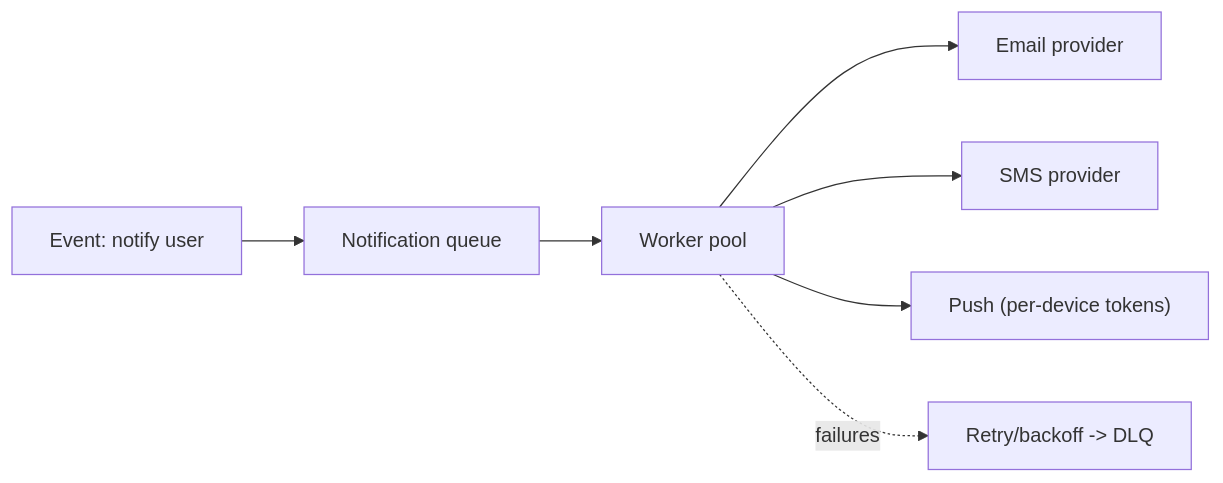
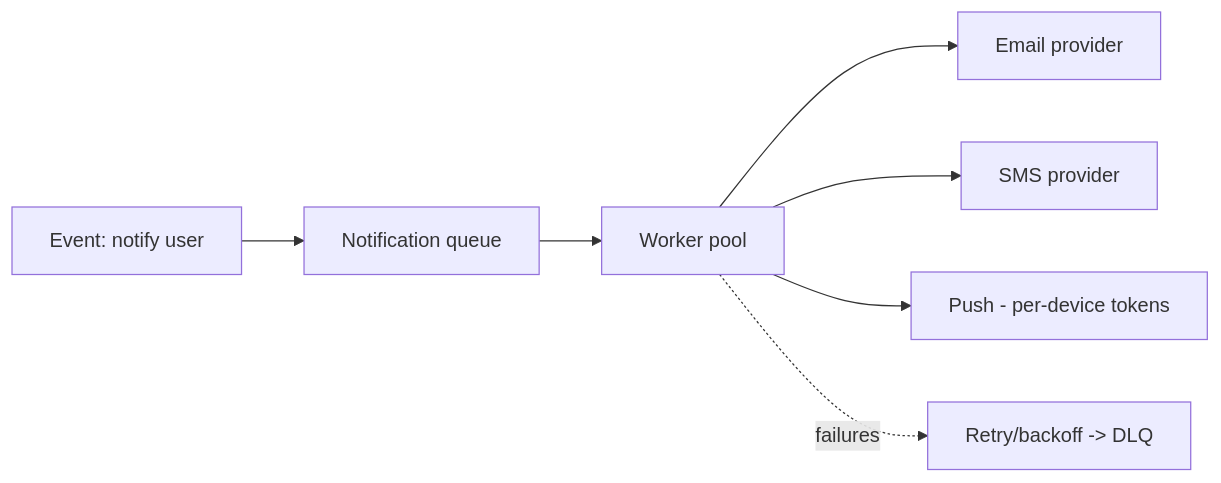
One commit to RIT-MESH/system-design-mastery changed the third of 3 diagrams in docs/02-core-components/06-workers-schedulers-notifications.md. Above: the diagram before and after it, drawn with Mermaid. The commit also changed other lines of this file and 139 other files, not shown here.

First line of the commit message:
Fix Mermaid parse errors: replace parentheses in node labels across 140 files

````diff
--- a/docs/02-core-components/06-workers-schedulers-notifications.md
+++ b/docs/02-core-components/06-workers-schedulers-notifications.md
@@ -54,10 +54,10 @@
 ```mermaid
 %% created-for: system-design-mastery
 flowchart LR
   E["Event: notify user"] --> Q["Notification queue"]
   Q --> W["Worker pool"]
   W --> Email["Email provider"]
   W --> SMS["SMS provider"]
-  W --> Push["Push (per-device tokens)"]
+  W --> Push["Push - per-device tokens"]
   W -.failures.-> DLQ["Retry/backoff -> DLQ"]
 ```
````
